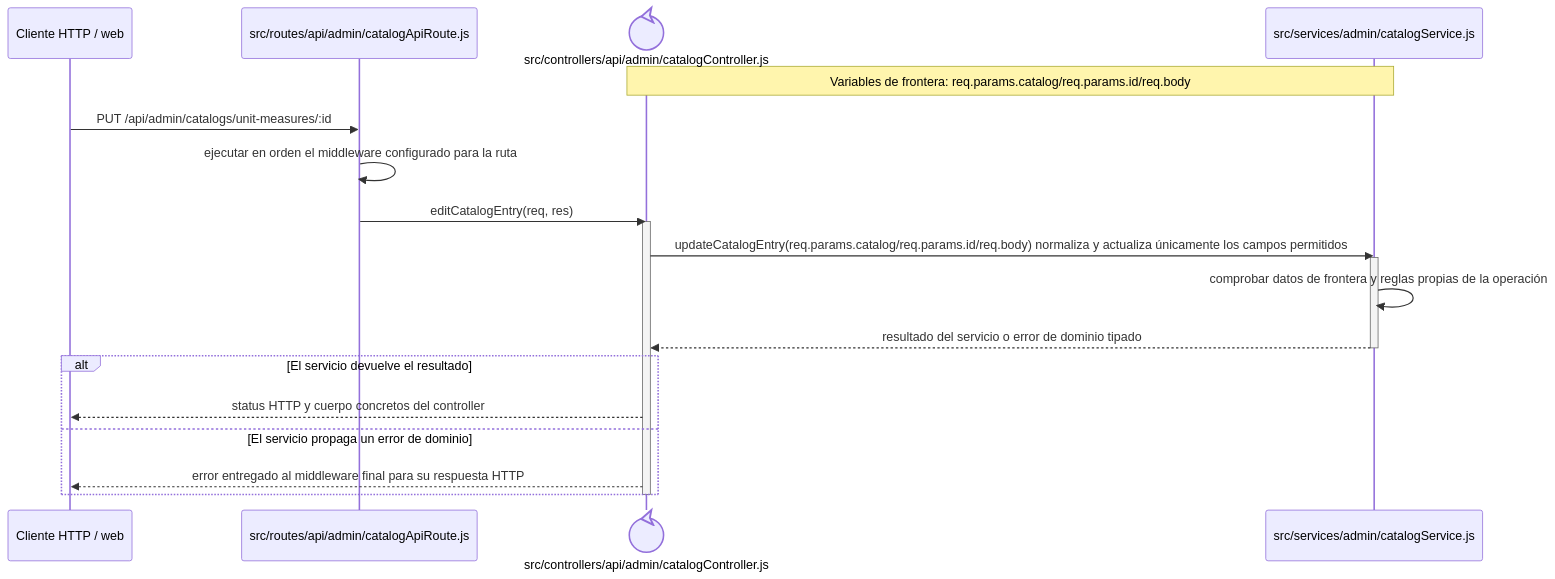
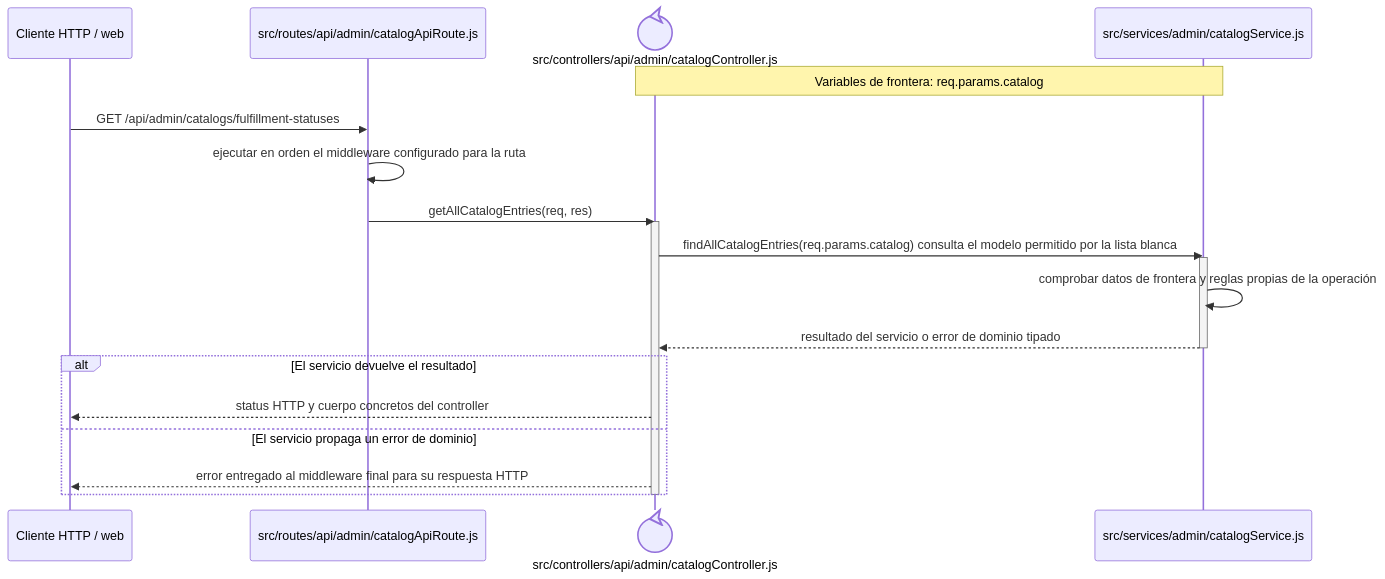
The diagram in docs/architecture/backend-code-sequences/catalogs/cu-cat-42.md (gpgsistemas01/nexus), drawn with Mermaid before and after one commit. The commit also changed other lines of this file and 126 other files, not shown here.

````diff
--- a/docs/architecture/backend-code-sequences/catalogs/cu-cat-42.md
+++ b/docs/architecture/backend-code-sequences/catalogs/cu-cat-42.md
@@ -6,24 +6,24 @@
 ```mermaid
 sequenceDiagram
     participant Client as Cliente HTTP / web
     participant Route as src/routes/api/admin/catalogApiRoute.js
     participant Controller@{ "type": "control" } as src/controllers/api/admin/catalogController.js
     participant Domain as src/services/admin/catalogService.js
-    Note over Controller,Domain: Variables de frontera: req.params.catalog/req.params.id/req.body
+    Note over Controller,Domain: Variables de frontera: req.params.catalog
 
-    Client->>Route: PUT /api/admin/catalogs/unit-measures/:id
+    Client->>Route: GET /api/admin/catalogs/fulfillment-statuses
     Route->>Route: ejecutar en orden el middleware configurado para la ruta
-    Route->>Controller: editCatalogEntry(req, res)
+    Route->>Controller: getAllCatalogEntries(req, res)
     activate Controller
-    Controller->>Domain: updateCatalogEntry(req.params.catalog/req.params.id/req.body) normaliza y actualiza únicamente los campos permitidos
+    Controller->>Domain: findAllCatalogEntries(req.params.catalog) consulta el modelo permitido por la lista blanca
     activate Domain
     Domain->>Domain: comprobar datos de frontera y reglas propias de la operación
     Domain-->>Controller: resultado del servicio o error de dominio tipado
     deactivate Domain
     alt El servicio devuelve el resultado
         Controller-->>Client: status HTTP y cuerpo concretos del controller
     else El servicio propaga un error de dominio
         Controller-->>Client: error entregado al middleware final para su respuesta HTTP
     end
     deactivate Controller
 ```
````
